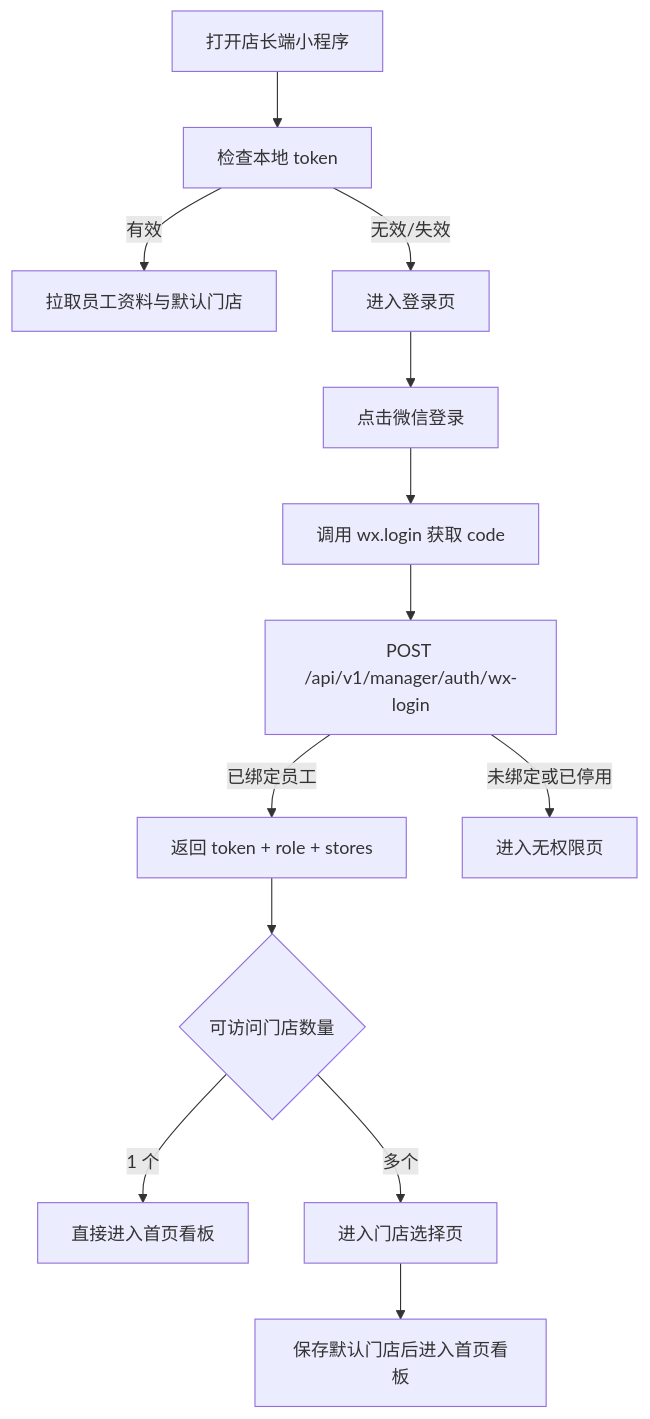
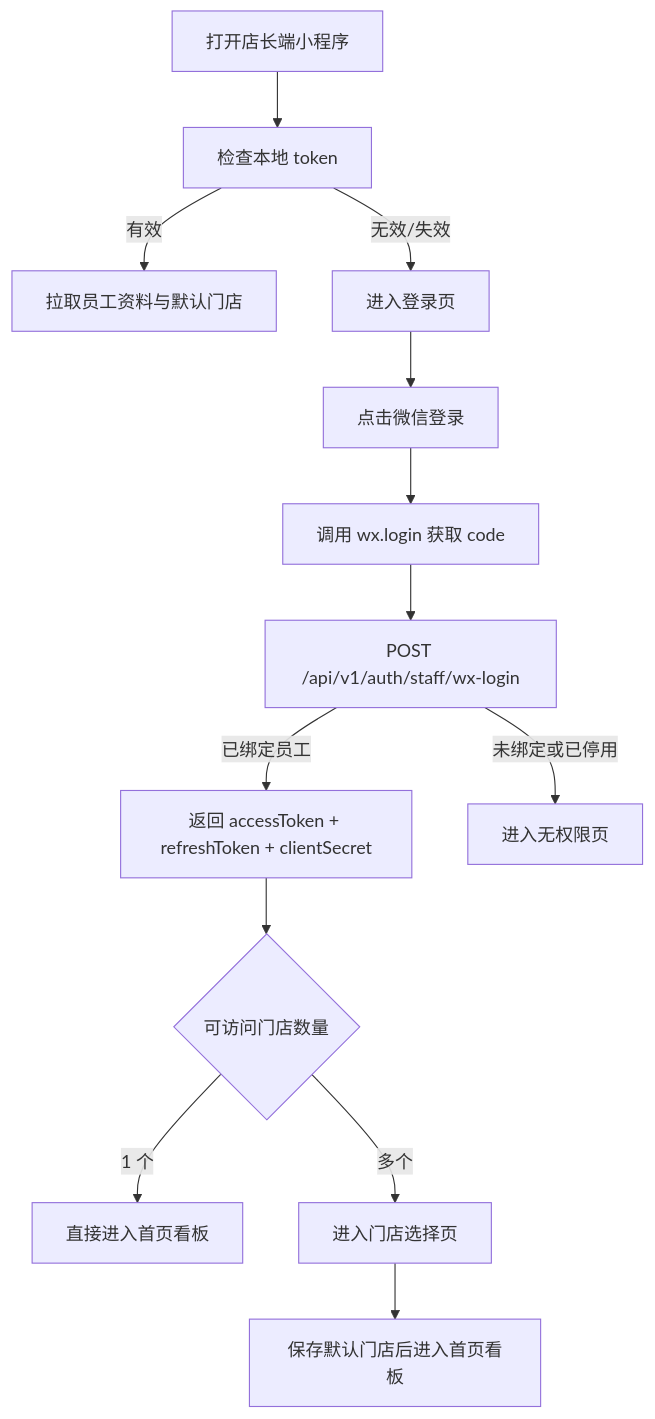
Before and after one commit to fitron-app/docs: the diagram in docs/subsystems/mini-program/manager/login.md, drawn with Mermaid. The commit also changed other lines of this file and 18 other files, not shown here.

````diff
--- a/docs/subsystems/mini-program/manager/login.md
+++ b/docs/subsystems/mini-program/manager/login.md
@@ -37,15 +40,15 @@
 ```mermaid
 flowchart TD
     A["打开店长端小程序"] --> B["检查本地 token"]
     B -->|"有效"| C["拉取员工资料与默认门店"]
     B -->|"无效/失效"| D["进入登录页"]
     D --> E["点击微信登录"]
     E --> F["调用 wx.login 获取 code"]
-    F --> G["POST /api/v1/manager/auth/wx-login"]
-    G -->|"已绑定员工"| H["返回 token + role + stores"]
+    F --> G["POST /api/v1/auth/staff/wx-login"]
+    G -->|"已绑定员工"| H["返回 accessToken + refreshToken + clientSecret"]
     G -->|"未绑定或已停用"| I["进入无权限页"]
     H --> J{"可访问门店数量"}
     J -->|"1 个"| K["直接进入首页看板"]
     J -->|"多个"| L["进入门店选择页"]
     L --> M["保存默认门店后进入首页看板"]
 ```
````
